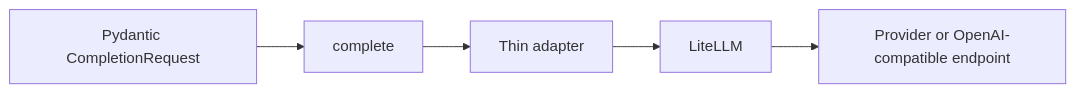
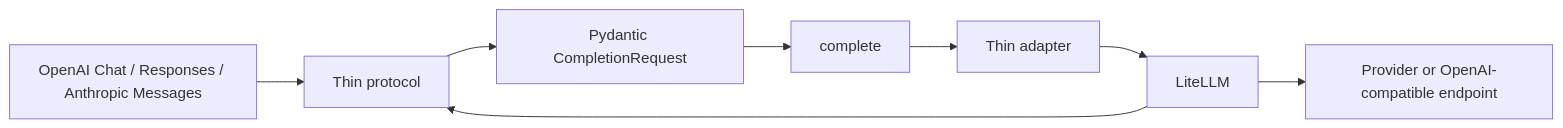
Before and after one commit to stancsz/subroute: the diagram in docs/architecture.md, drawn with Mermaid. The commit also changed other lines of this file and 7 other files, not shown here.

Commit message:
Add lean OpenAI and Anthropic protocols

````diff
--- a/docs/architecture.md
+++ b/docs/architecture.md
@@ -3,7 +3,10 @@
 ```mermaid
 flowchart LR
-    Request[Pydantic CompletionRequest] --> Kernel[complete]
+    Wire[OpenAI Chat / Responses / Anthropic Messages] --> Protocol[Thin protocol]
+    Protocol --> Request[Pydantic CompletionRequest]
+    Request --> Kernel[complete]
     Kernel --> Adapter[Thin adapter]
     Adapter --> LiteLLM
     LiteLLM --> Providers[Provider or OpenAI-compatible endpoint]
+    LiteLLM --> Protocol
 ```
````
